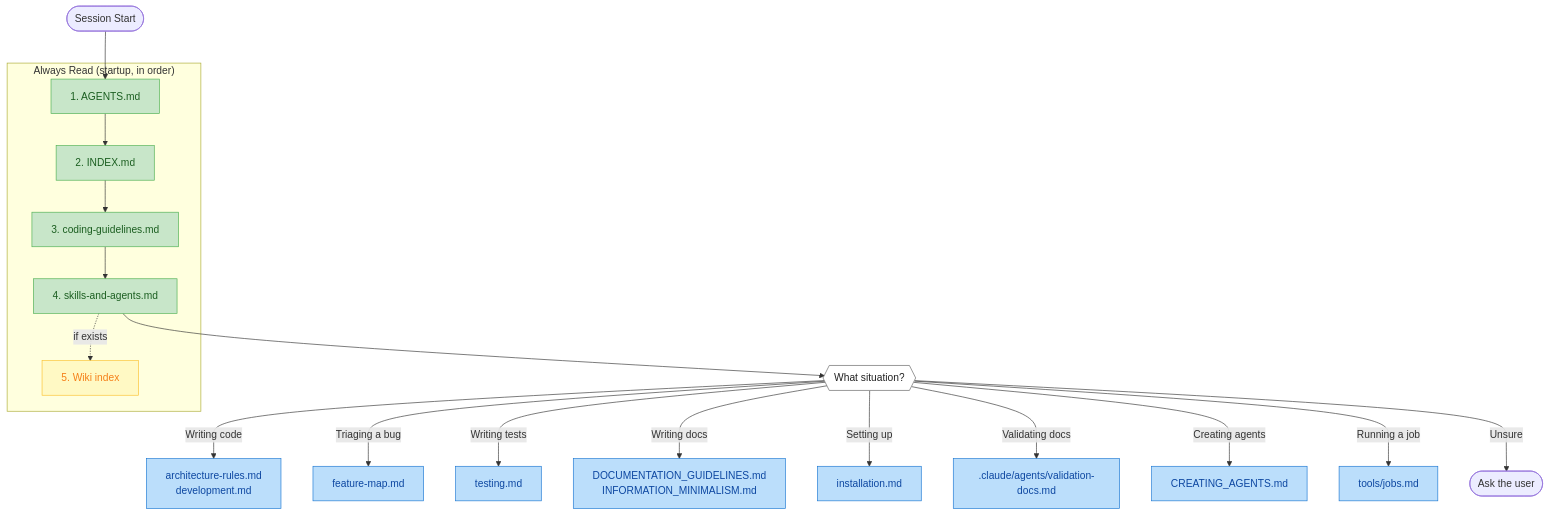
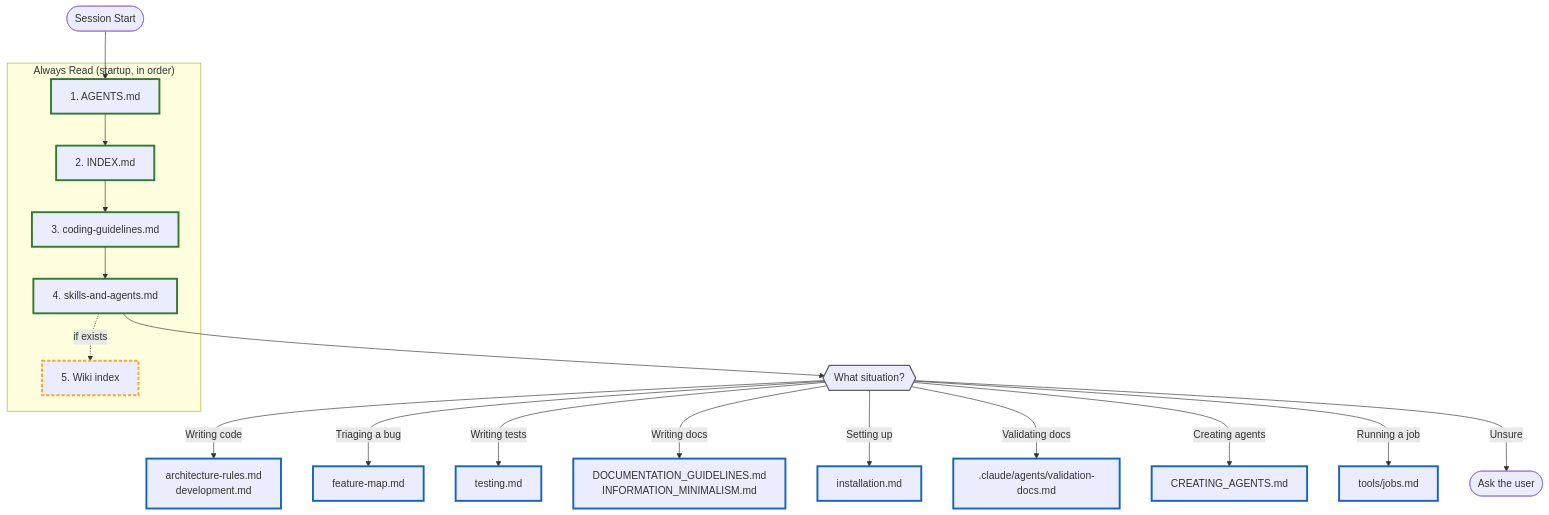
One commit to noskule/aiDocs changed the diagram in docs/AGENTS.md. Above: the diagram before and after it, drawn with Mermaid. The commit also changed other lines of this file and 1 other file, not shown here.

````diff
--- a/docs/AGENTS.md
+++ b/docs/AGENTS.md
@@ -46,33 +46,36 @@
 ```mermaid
 flowchart TD
     START([Session Start]) --> M1
 
     subgraph startup ["Always Read (startup, in order)"]
         M1["1. AGENTS.md"] --> M2["2. INDEX.md"]
         M2 --> M3["3. coding-guidelines.md"]
         M3 --> M4["4. skills-and-agents.md"]
         M4 -.->|if exists| M5["5. Wiki index"]
     end
 
     M4 --> SIT{{"What situation?"}}
 
     SIT -->|"Writing code"| CODE["architecture-rules.md<br>development.md"]
     SIT -->|"Triaging a bug"| TRIAGE["feature-map.md"]
     SIT -->|"Writing tests"| TEST["testing.md"]
     SIT -->|"Writing docs"| DOCS["DOCUMENTATION_GUIDELINES.md<br>INFORMATION_MINIMALISM.md"]
     SIT -->|"Setting up"| SETUP["installation.md"]
     SIT -->|"Validating docs"| VDOC[".claude/agents/validation-docs.md"]
     SIT -->|"Creating agents"| AREADME["CREATING_AGENTS.md"]
     SIT -->|"Running a job"| JOBS["tools/jobs.md"]
     SIT -->|"Unsure"| USER(["Ask the user"])
 
-    classDef always fill:#c8e6c9,stroke:#4caf50,color:#1b5e20
-    classDef optional fill:#fff9c4,stroke:#fbc02d,color:#f57f17
-    classDef conditional fill:#bbdefb,stroke:#1976d2,color:#0d47a1
-    classDef decision fill:#fff,stroke:#616161,color:#212121
+    %% Stroke only - never fill/color. A hardcoded fill is a light-mode
+    %% assumption: the renderer's dark theme still supplies a light label
+    %% color, and the label washes out. Strokes read in both themes.
+    classDef always stroke:#2e7d32,stroke-width:3px
+    classDef optional stroke:#f9a825,stroke-width:3px,stroke-dasharray:5 3
+    classDef conditional stroke:#1565c0,stroke-width:3px
+    classDef decision stroke:#616161,stroke-width:2px
 
     class M1,M2,M3,M4 always
     class M5 optional
     class CODE,TRIAGE,TEST,DOCS,SETUP,VDOC,AREADME,JOBS conditional
     class SIT decision
 ```
````
